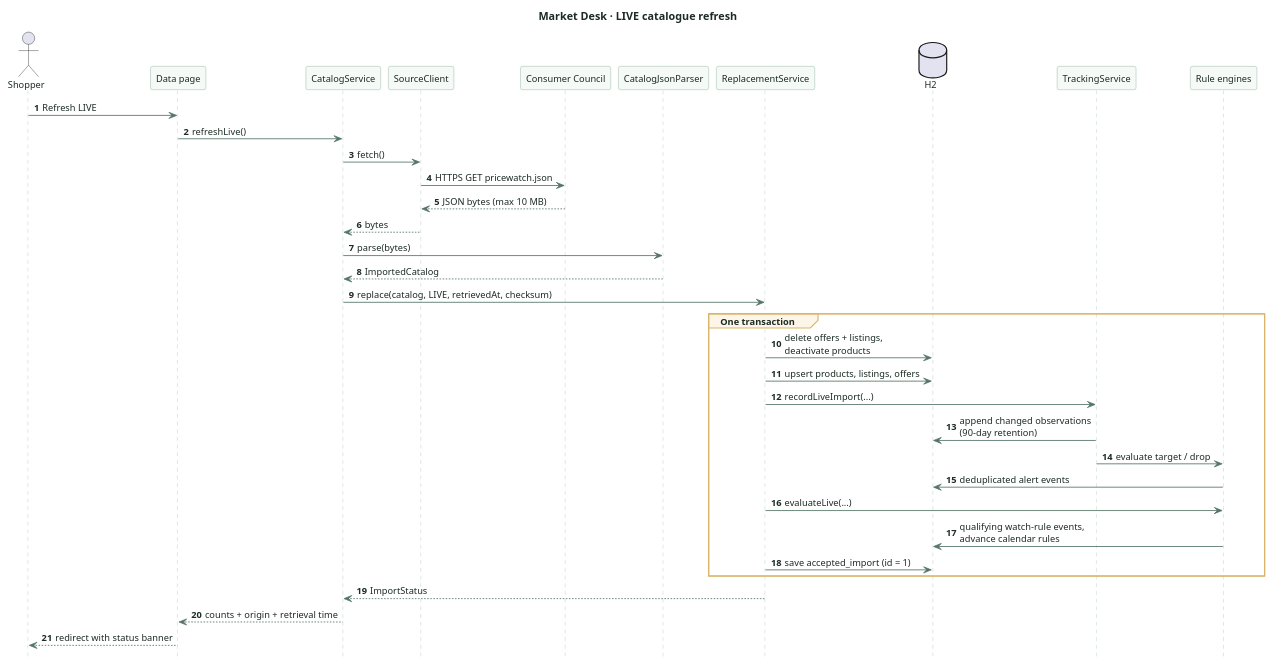
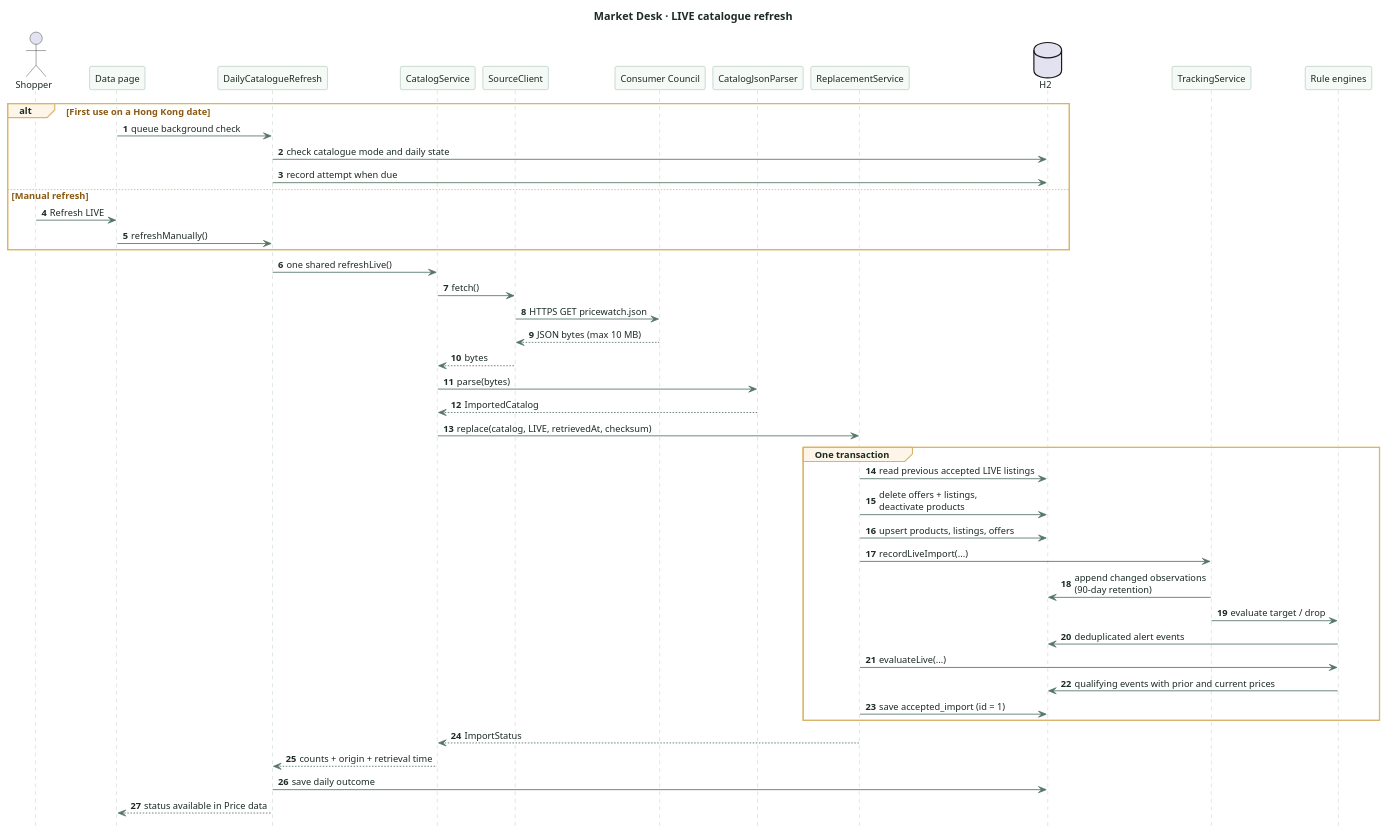
Before and after one commit to LamHeiKit230208993/CS3383-Project: the diagram in docs/guide/system-guide/diagrams/sequence-import.puml, drawn with PlantUML. The commit also changed 42 other files, not shown here.

```diff
--- a/docs/guide/system-guide/diagrams/sequence-import.puml
+++ b/docs/guide/system-guide/diagrams/sequence-import.puml
@@ -1,59 +1,69 @@
 @startuml
 autonumber
 hide footbox
 skinparam backgroundColor transparent
 skinparam defaultFontName "Segoe UI"
 skinparam defaultFontSize 12
 skinparam defaultFontColor #1C2B24
 skinparam shadowing false
 skinparam arrowColor #557567
 skinparam arrowThickness 1.1
 skinparam sequenceParticipantBackgroundColor #F5FAF7
 skinparam sequenceParticipantBorderColor #7FA694
 skinparam sequenceParticipantFontColor #1C2B24
 skinparam sequenceLifeLineBorderColor #A9C4B6
 skinparam sequenceGroupBackgroundColor #FDF6E8
 skinparam sequenceGroupBorderColor #D9B56A
 skinparam sequenceGroupFontColor #8A5A12
 skinparam noteBackgroundColor #FDF6E8
 skinparam noteBorderColor #D9B56A
 
 title Market Desk · LIVE catalogue refresh
 
 actor Shopper
 participant "Data page" as Web
+participant "DailyCatalogueRefresh" as Daily
 participant "CatalogService" as Catalog
 participant "SourceClient" as Source
 participant "Consumer Council" as Feed
 participant "CatalogJsonParser" as Parser
 participant "ReplacementService" as Replace
 database "H2" as DB
 participant "TrackingService" as Tracking
 participant "Rule engines" as Rules
 
-Shopper -> Web : Refresh LIVE
-Web -> Catalog : refreshLive()
+alt First use on a Hong Kong date
+  Web -> Daily : queue background check
+  Daily -> DB : check catalogue mode and daily state
+  Daily -> DB : record attempt when due
+else Manual refresh
+  Shopper -> Web : Refresh LIVE
+  Web -> Daily : refreshManually()
+end
+Daily -> Catalog : one shared refreshLive()
 Catalog -> Source : fetch()
 Source -> Feed : HTTPS GET pricewatch.json
 Feed --> Source : JSON bytes (max 10 MB)
 Source --> Catalog : bytes
 Catalog -> Parser : parse(bytes)
 Parser --> Catalog : ImportedCatalog
 Catalog -> Replace : replace(catalog, LIVE, retrievedAt, checksum)
 
 group One transaction
+  Replace -> DB : read previous accepted LIVE listings
   Replace -> DB : delete offers + listings,\ndeactivate products
   Replace -> DB : upsert products, listings, offers
   Replace -> Tracking : recordLiveImport(...)
   Tracking -> DB : append changed observations\n(90-day retention)
   Tracking -> Rules : evaluate target / drop
   Rules -> DB : deduplicated alert events
   Replace -> Rules : evaluateLive(...)
-  Rules -> DB : qualifying watch-rule events,\nadvance calendar rules
+  Rules -> DB : qualifying events with prior and current prices
   Replace -> DB : save accepted_import (id = 1)
 end
 
 Replace --> Catalog : ImportStatus
-Catalog --> Web : counts + origin + retrieval time
-Web --> Shopper : redirect with status banner
+Catalog --> Daily : counts + origin + retrieval time
+Daily -> DB : save daily outcome
+Daily --> Web : status available in Price data
 @enduml
```
